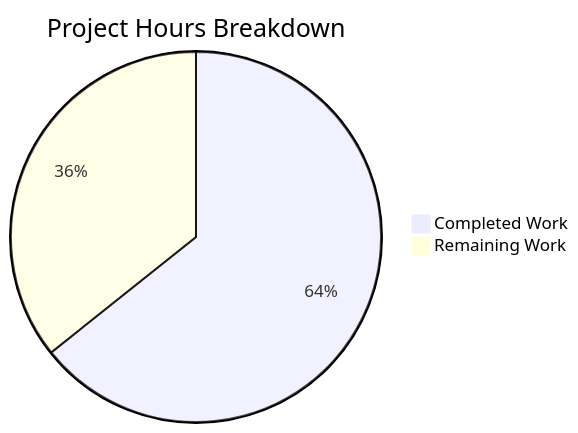
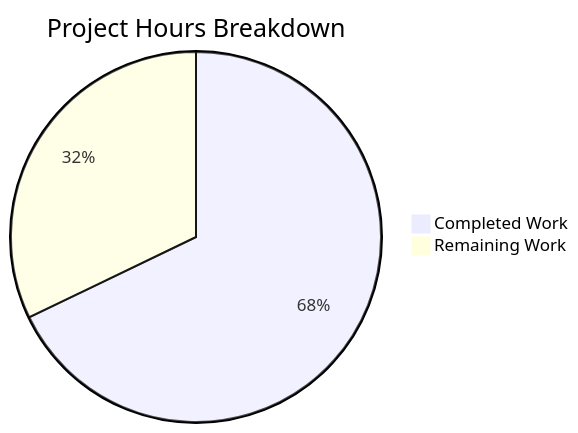
One commit to Sandeep01Kumar/09-dec-Existing-product-repo-06 changed the first of 2 diagrams in blitzy/documentation/Project Guide - 0451788f-5330-4d7e-8974-6a6033519d61.md. Above: the diagram before and after it, drawn with Mermaid. The commit also changed other lines of this file, not shown here.

Commit message:
Adding Blitzy Project Guide: Project Status and Human Tasks Remaining

````diff
--- a/blitzy/documentation/Project Guide - 0451788f-5330-4d7e-8974-6a6033519d61.md
+++ b/blitzy/documentation/Project Guide - 0451788f-5330-4d7e-8974-6a6033519d61.md
@@ -11,5 +11,5 @@
 ```mermaid
 pie title Project Hours Breakdown
-    "Completed Work" : 18
-    "Remaining Work" : 10
+    "Completed Work" : 19
+    "Remaining Work" : 9
 ```
````
